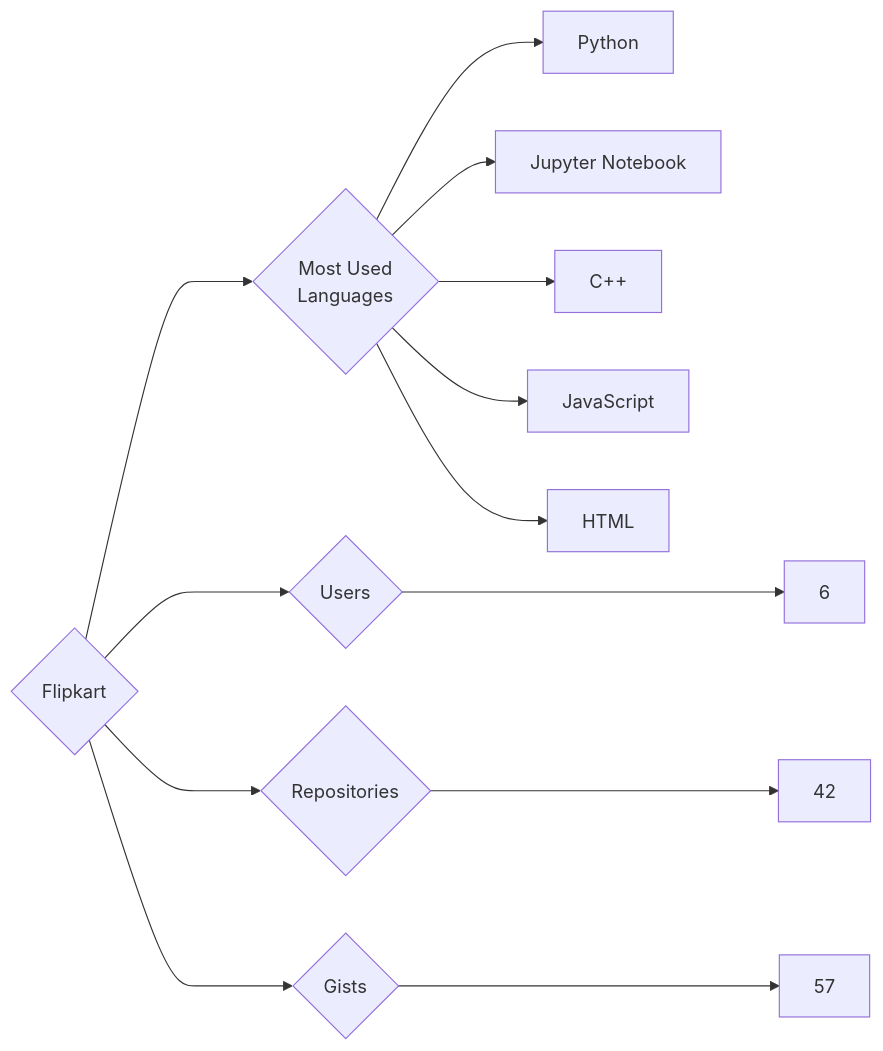
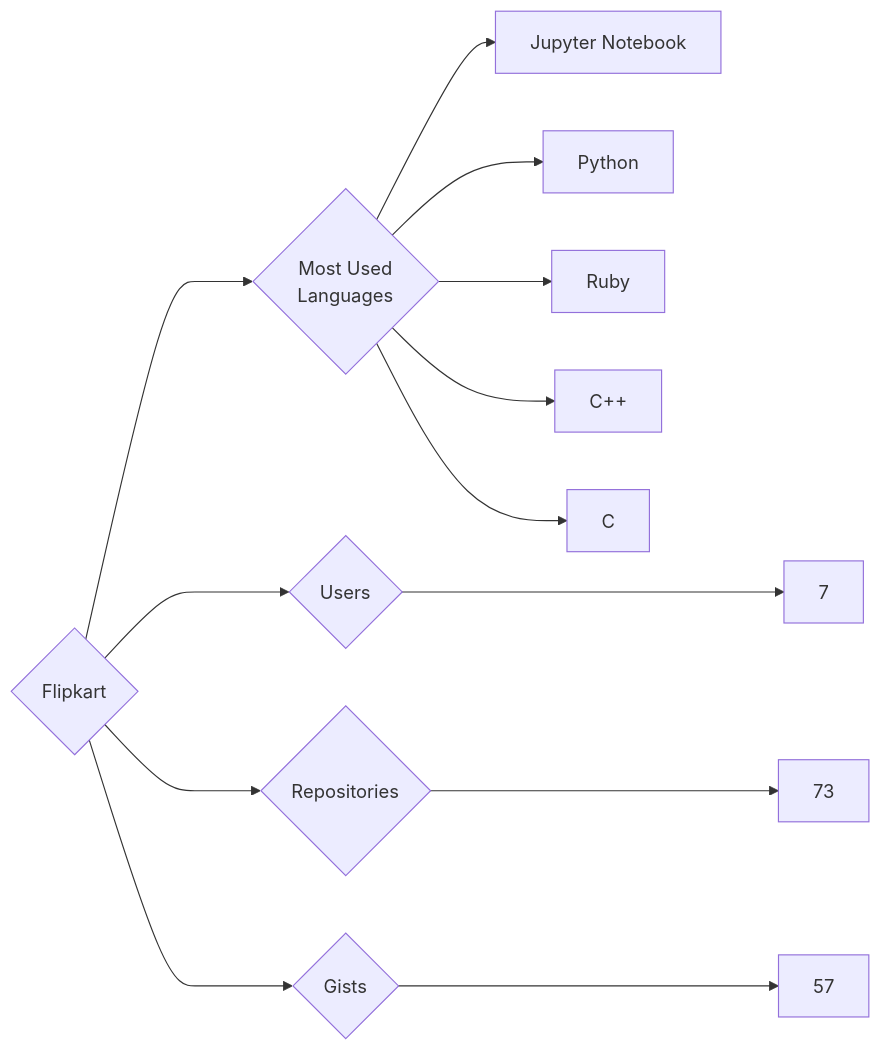
Before and after one commit to trickest/insiders: the diagram in targets/Flipkart/README.md, drawn with Mermaid. The commit also changed 1020 other files, not shown here.

````diff
--- a/targets/Flipkart/README.md
+++ b/targets/Flipkart/README.md
@@ -3,13 +3,13 @@
 ```mermaid
 graph LR
 COMPANY_NAME{Flipkart}
-COMPANY_NAME ---> U{Users} ---> UN[6]
-COMPANY_NAME ---> R{Repositories} ---> RN[42]
+COMPANY_NAME ---> U{Users} ---> UN[7]
+COMPANY_NAME ---> R{Repositories} ---> RN[73]
 COMPANY_NAME ---> G{Gists} ---> GN[57]
 COMPANY_NAME ---> ML{Most Used<br>Languages}
+ML --> Jupyter_Notebook[Jupyter Notebook]
 ML --> Python[Python]
-ML --> Jupyter_Notebook[Jupyter Notebook]
+ML --> Ruby[Ruby]
 ML --> C++[C++]
-ML --> JavaScript[JavaScript]
-ML --> HTML[HTML]
+ML --> C[C]
 ```
````
